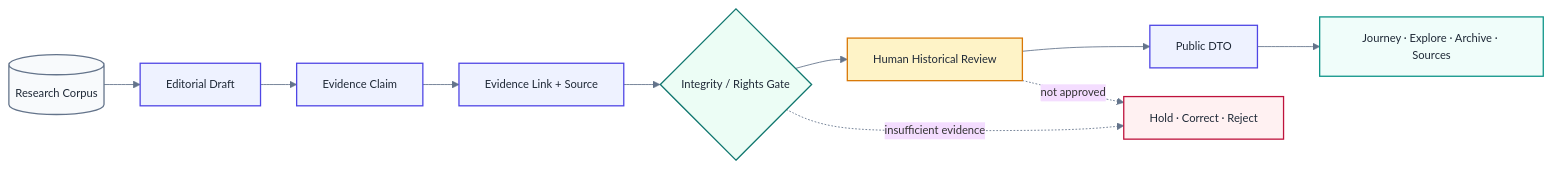
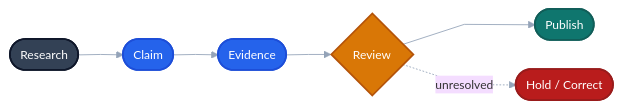
Before and after one commit to drferdi/Kediri-Kings-Century: the third of 4 diagrams in README.md, drawn with Mermaid. The commit also changed other lines of this file, not shown here.

Commit message:
docs(readme): redesign Mermaid diagrams

```diff
--- a/README.md
+++ b/README.md
@@ -437,32 +393,25 @@
 ~~~mermaid
-%%{init: {'theme':'base','flowchart':{'curve':'basis','nodeSpacing':28,'rankSpacing':42},'themeVariables':{'fontFamily':'Inter, ui-sans-serif, system-ui','fontSize':'13px','lineColor':'#64748B'}}}%%
+%%{init: {'theme':'base','flowchart':{'curve':'linear','nodeSpacing':34,'rankSpacing':52},'themeVariables':{'fontFamily':'Inter, ui-sans-serif, system-ui','fontSize':'14px','lineColor':'#94A3B8'}}}%%
 flowchart LR
-  CORPUS[("Research Corpus")]
-  DRAFT["Editorial Draft"]
-  CLAIM["Evidence Claim"]
-  SOURCE["Evidence Link + Source"]
-  GATE{"Integrity / Rights Gate"}
-  REVIEW["Human Historical Review"]
-  DTO["Public DTO"]
-  OUTPUT["Journey · Explore · Archive · Sources"]
-  HOLD["Hold · Correct · Reject"]
+  A(["Research"])
+  B(["Claim"])
+  C(["Evidence"])
+  D{"Review"}
+  E(["Publish"])
+  X(["Hold / Correct"])
 
-  CORPUS --> DRAFT --> CLAIM --> SOURCE --> GATE
-  GATE --> REVIEW --> DTO --> OUTPUT
-  GATE -. insufficient evidence .-> HOLD
-  REVIEW -. not approved .-> HOLD
+  A --> B --> C --> D --> E
+  D -. unresolved .-> X
 
-  classDef data fill:#F8FAFC,stroke:#64748B,stroke-width:1.5px,color:#1F2937;
-  classDef system fill:#EEF2FF,stroke:#4F46E5,stroke-width:1.5px,color:#1F2937;
-  classDef gate fill:#ECFDF5,stroke:#0F766E,stroke-width:1.5px,color:#1F2937;
-  classDef human fill:#FEF3C7,stroke:#D97706,stroke-width:1.5px,color:#1F2937;
-  classDef public fill:#F0FDFA,stroke:#0D9488,stroke-width:1.5px,color:#1F2937;
-  classDef exception fill:#FFF1F2,stroke:#BE123C,stroke-width:1.5px,color:#1F2937;
+  classDef source fill:#334155,stroke:#0F172A,stroke-width:2px,color:#FFFFFF;
+  classDef core fill:#2563EB,stroke:#1D4ED8,stroke-width:2px,color:#FFFFFF;
+  classDef human fill:#D97706,stroke:#B45309,stroke-width:2px,color:#FFFFFF;
+  classDef output fill:#0F766E,stroke:#115E59,stroke-width:2px,color:#FFFFFF;
+  classDef stop fill:#B91C1C,stroke:#991B1B,stroke-width:2px,color:#FFFFFF;
 
-  class CORPUS data;
-  class DRAFT,CLAIM,SOURCE,DTO system;
-  class GATE gate;
-  class REVIEW human;
-  class OUTPUT public;
-  class HOLD exception;
+  class A source;
+  class B,C core;
+  class D human;
+  class E output;
+  class X stop;
 ~~~
```
